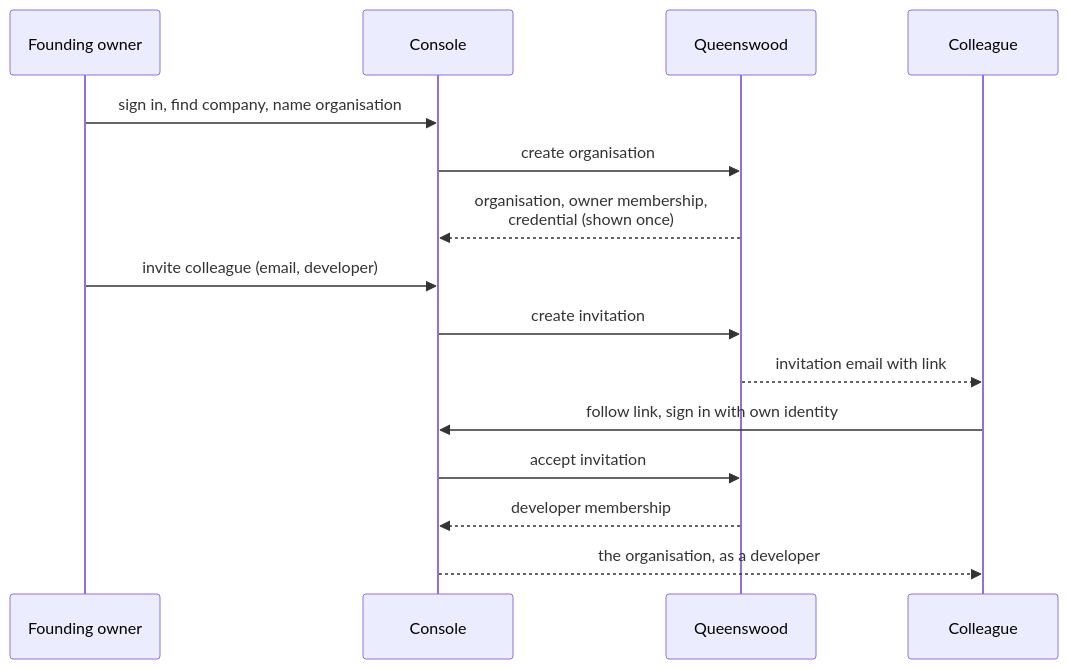
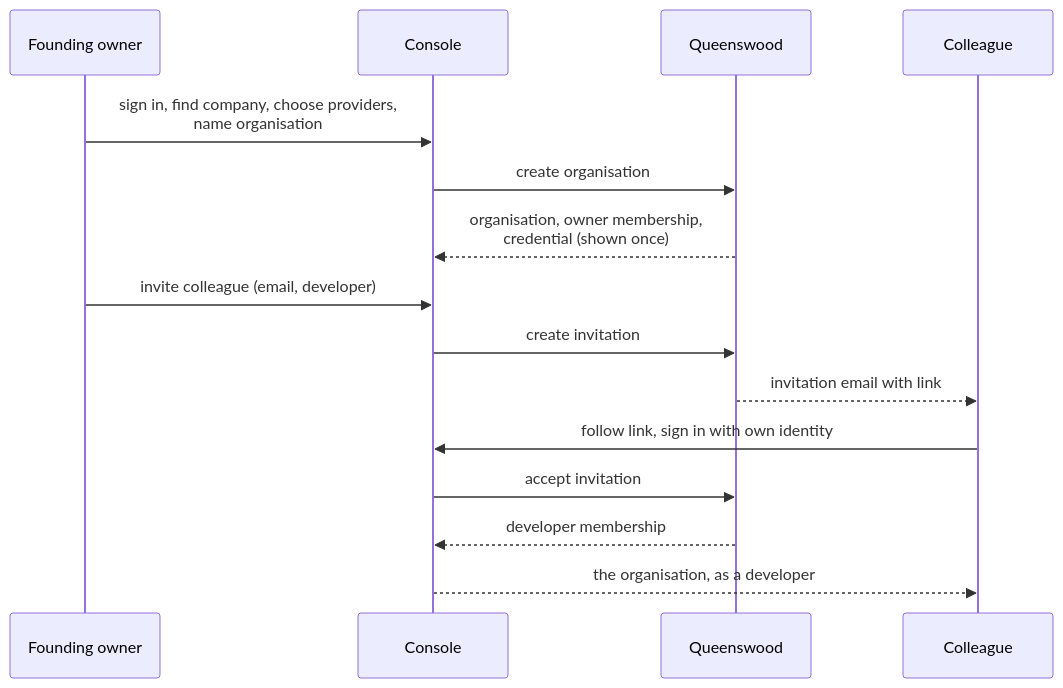
Before and after one commit to repldriven/queenswood: the first of 5 diagrams in docs/prd/access.md, drawn with Mermaid. The commit also changed other lines of this file and 7 other files, not shown here.

First line of the commit message:
Let each bank choose its providers when it is created, every provider an installation offers running side by side (#753)

````diff
--- a/docs/prd/access.md
+++ b/docs/prd/access.md
@@ -385,18 +385,18 @@
 ```mermaid
 sequenceDiagram
     participant F as Founding owner
     participant C as Console
     participant Q as Queenswood
     participant D as Colleague
 
-    F->>C: sign in, find company, name organisation
+    F->>C: sign in, find company, choose providers,<br/>name organisation
     C->>Q: create organisation
     Q-->>C: organisation, owner membership,<br/>credential (shown once)
     F->>C: invite colleague (email, developer)
     C->>Q: create invitation
     Q-->>D: invitation email with link
     D->>C: follow link, sign in with own identity
     C->>Q: accept invitation
     Q-->>C: developer membership
     C-->>D: the organisation, as a developer
 ```
````
